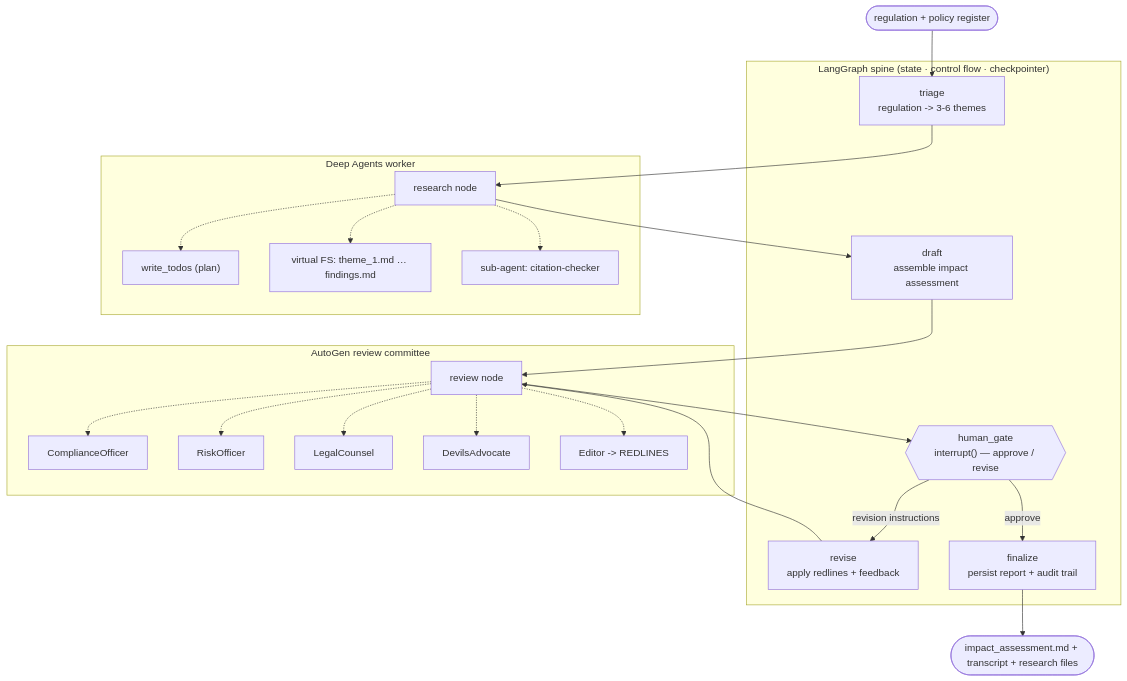
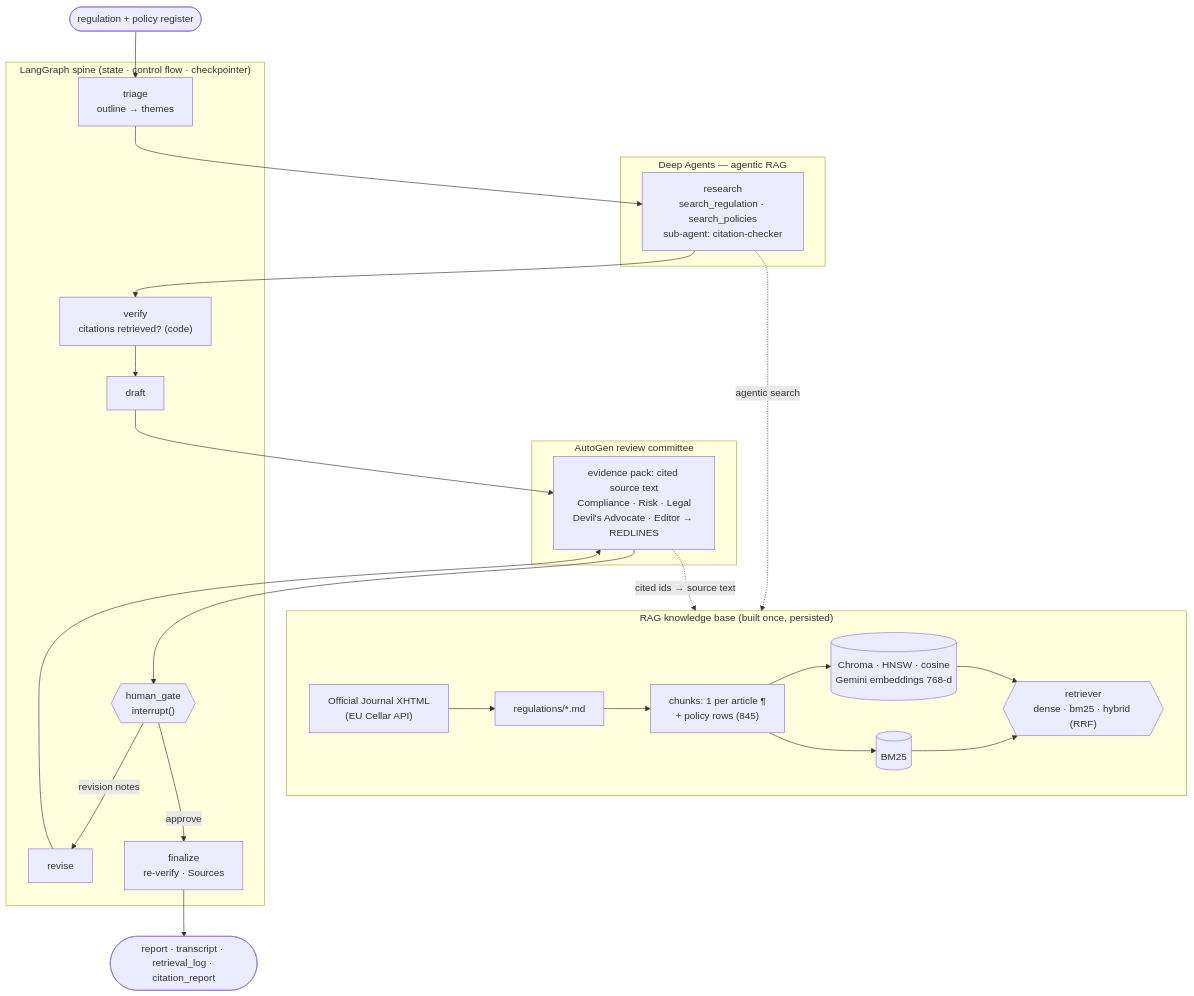
The diagram in README.md (Divya23490/regulatory-impact-analyst), drawn with Mermaid before and after one commit. The commit also changed other lines of this file and 39 other files, not shown here.

````diff
--- a/README.md
+++ b/README.md
@@ -22,37 +27,36 @@
 ```mermaid
 flowchart TD
-    START([regulation + policy register]) --> triage
-
-    subgraph spine["LangGraph spine  (state · control flow · checkpointer)"]
-        triage["triage<br/>regulation -> 3-6 themes"]
-        draft["draft<br/>assemble impact assessment"]
-        human_gate{{"human_gate<br/>interrupt() — approve / revise"}}
-        revise["revise<br/>apply redlines + feedback"]
-        finalize["finalize<br/>persist report + audit trail"]
+    subgraph RAG["RAG knowledge base (built once, persisted)"]
+        direction LR
+        SRC["Official Journal XHTML<br/>(EU Cellar API)"] --> MD["regulations/*.md"]
+        MD --> CH["chunks: 1 per article ¶<br/>+ policy rows (845)"]
+        CH --> VEC[("Chroma · HNSW · cosine<br/>Gemini embeddings 768-d")]
+        CH --> LEX[("BM25")]
+        VEC & LEX --> HYB{{"retriever<br/>dense · bm25 · hybrid (RRF)"}}
     end
 
+    START([regulation + policy register]) --> triage
+    subgraph spine["LangGraph spine (state · control flow · checkpointer)"]
+        triage["triage<br/>outline → themes"]
+        verify["verify<br/>citations retrieved? (code)"]
+        draft["draft"]
+        human_gate{{"human_gate<br/>interrupt()"}}
+        revise["revise"]
+        finalize["finalize<br/>re-verify · Sources"]
+    end
     triage --> research
-    subgraph deep["Deep Agents worker"]
-        research["research node"]
-        research -.-> plan["write_todos (plan)"]
-        research -.-> vfs["virtual FS: theme_1.md … findings.md"]
-        research -.-> sub["sub-agent: citation-checker"]
+    subgraph deep["Deep Agents — agentic RAG"]
+        research["research<br/>search_regulation · search_policies<br/>sub-agent: citation-checker"]
     end
-    research --> draft
-    draft --> review
-
+    research --> verify --> draft --> review
     subgraph autogen["AutoGen review committee"]
-        review["review node"]
-        review -.-> co["ComplianceOfficer"]
-        review -.-> ro["RiskOfficer"]
-        review -.-> lc["LegalCounsel"]
-        review -.-> da["DevilsAdvocate"]
-        review -.-> ed["Editor -> REDLINES"]
+        review["evidence pack: cited source text<br/>Compliance · Risk · Legal<br/>Devil's Advocate · Editor → REDLINES"]
     end
     review --> human_gate
+    human_gate -->|approve| finalize
+    human_gate -->|revision notes| revise --> review
+    finalize --> END([report · transcript · retrieval_log · citation_report])
 
-    human_gate -->|approve| finalize
-    human_gate -->|revision instructions| revise
-    revise --> review
-    finalize --> END([impact_assessment.md + transcript + research files])
+    research -.->|agentic search| HYB
+    review -.->|cited ids → source text| HYB
 ```
````
